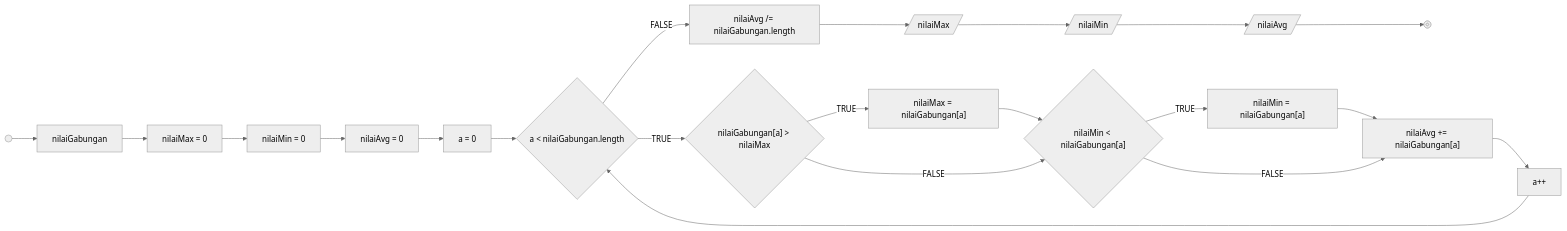
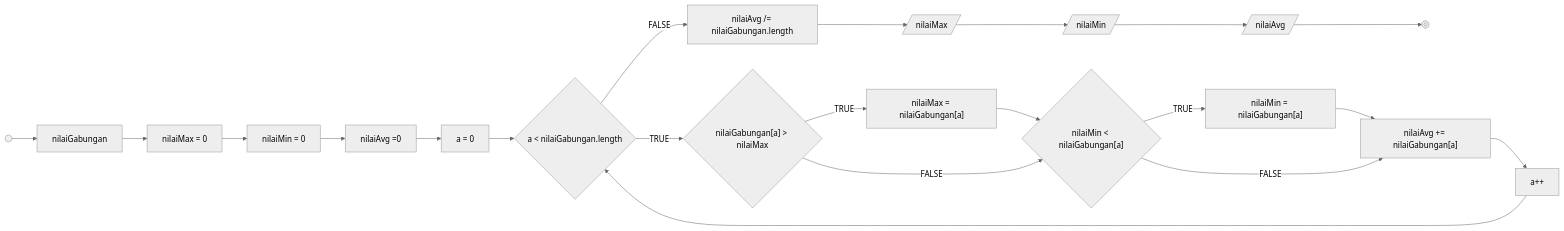
The diagram in README.md (rizqyazhar/koda-b10-javascript4), drawn with Mermaid (neutral theme) before and after one commit.

Commit message:
update flowchart minitask 1

````diff
--- a/README.md
+++ b/README.md
@@ -9,35 +9,35 @@
 ```mermaid
 
   flowchart LR
 
   A@{shape: sm-circ, label: "Start"}
   B@{shape: fr-circ, label: "End"}
   E@{shape: rect, label: "nilaiGabungan"}
   F@{shape: rect, label: "nilaiMax = 0"}
   G@{shape: rect, label: "nilaiMin = 0"}
   I@{shape: diam, label: "a < nilaiGabungan.length"}
   J@{shape: rect, label: "a = 0"}
   K@{shape: diam, label: "nilaiGabungan[a] > nilaiMax"}
   M@{shape: rect, label: "nilaiMax = nilaiGabungan[a]"}
   N@{shape: diam, label: "nilaiMin < nilaiGabungan[a]"}
   P@{shape: rect, label: "a++"}
   Q@{shape: lean-r, label: "nilaiMax"}
   T@{shape: rect, label: "nilaiMin = nilaiGabungan[a]"}
   V@{shape: lean-r, label: "nilaiMin"}
   Y@{shape: lean-r, label: "nilaiAvg"}
   AA@{shape: rect, label: "nilaiAvg += nilaiGabungan[a]"}
   DD@{shape: rect, label: "nilaiAvg /= nilaiGabungan.length"}
-  EE@{shape: rect, label: "nilaiAvg = 0"}
+  EE@{shape: rect, label: "nilaiAvg =0"}
 
   A --> E --> F --> G --> EE --> J --> I --TRUE--> K --TRUE--> M --> N --TRUE--> T --> AA --> P --> I
 
   K --FALSE--> N
 
   N --FALSE--> AA
 
   I --FALSE--> DD --> Q --> V --> Y --> B
 
 
 
 
 ```
````
